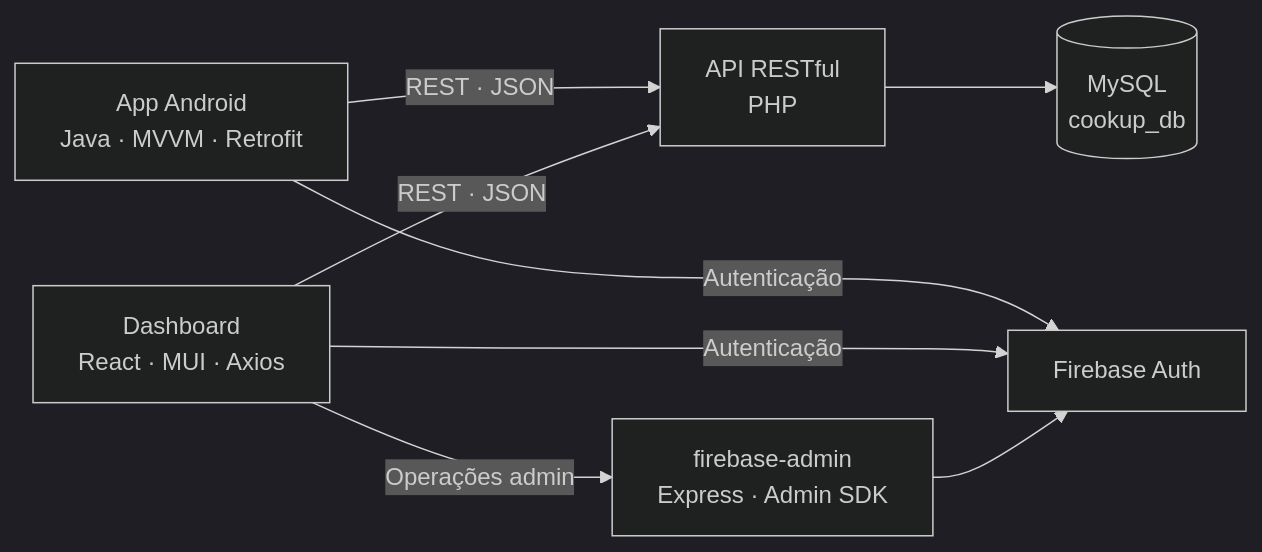
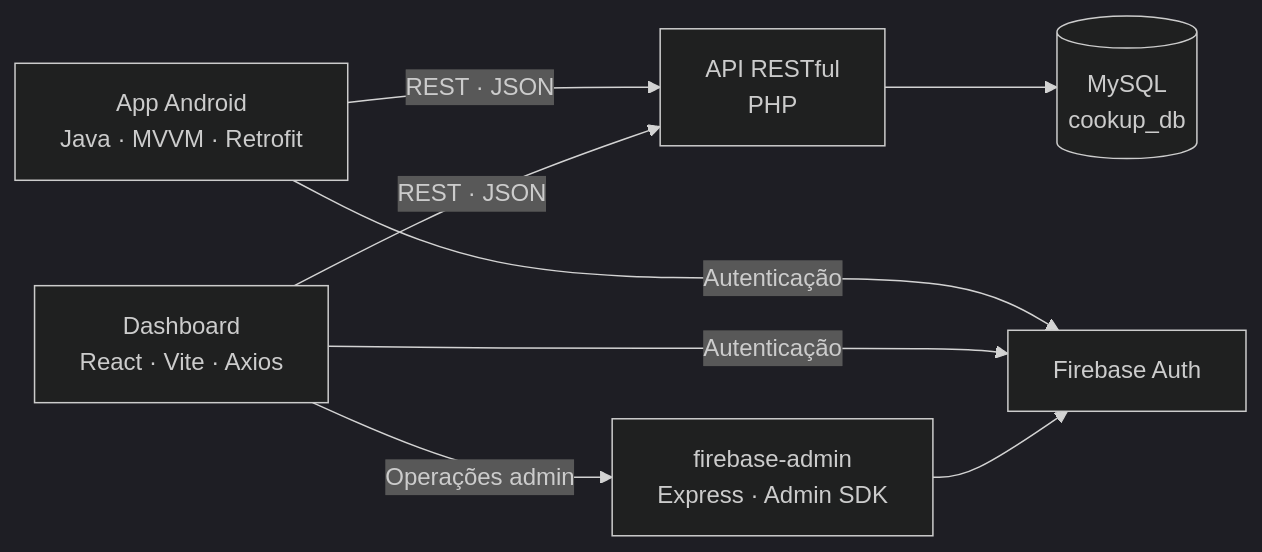
Before and after one commit to Diogo1306/CookUp: the diagram in README.md, drawn with Mermaid (dark theme). The commit also changed other lines of this file and 4 other files, not shown here.

````diff
--- a/README.md
+++ b/README.md
@@ -47,10 +47,10 @@
 ```mermaid
 flowchart LR
     APP["App Android<br/>Java · MVVM · Retrofit"] -->|REST · JSON| API["API RESTful<br/>PHP"]
-    DASH["Dashboard<br/>React · MUI · Axios"] -->|REST · JSON| API
+    DASH["Dashboard<br/>React · Vite · Axios"] -->|REST · JSON| API
     API --> BD[("MySQL<br/>cookup_db")]
     APP -->|Autenticação| FB["Firebase Auth"]
     DASH -->|Autenticação| FB
     DASH -->|Operações admin| FADM["firebase-admin<br/>Express · Admin SDK"]
     FADM --> FB
 ```
````
